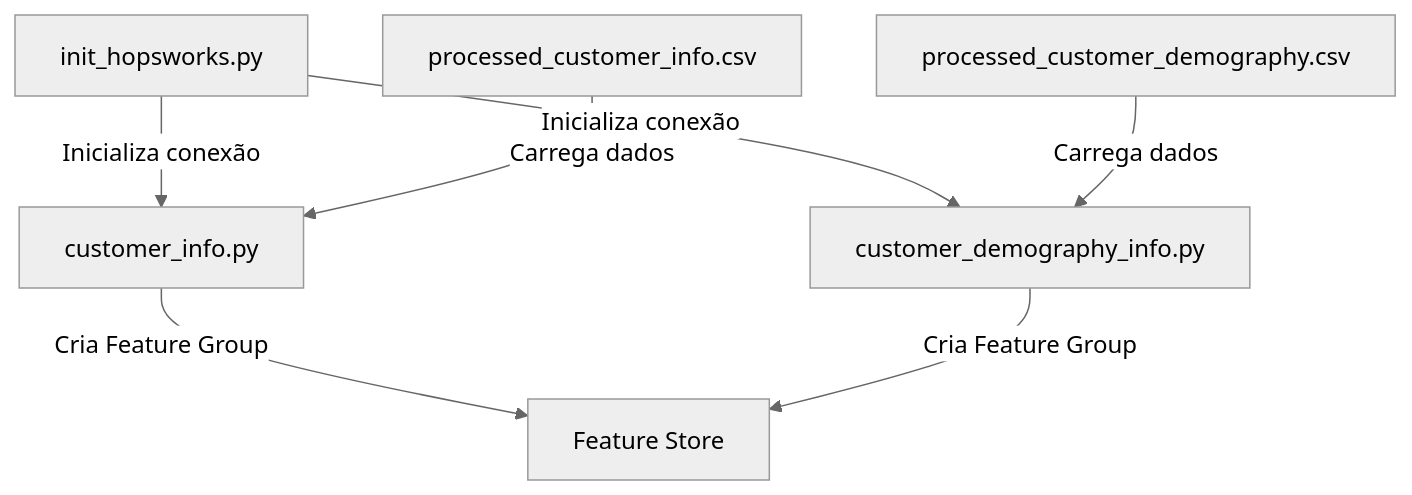
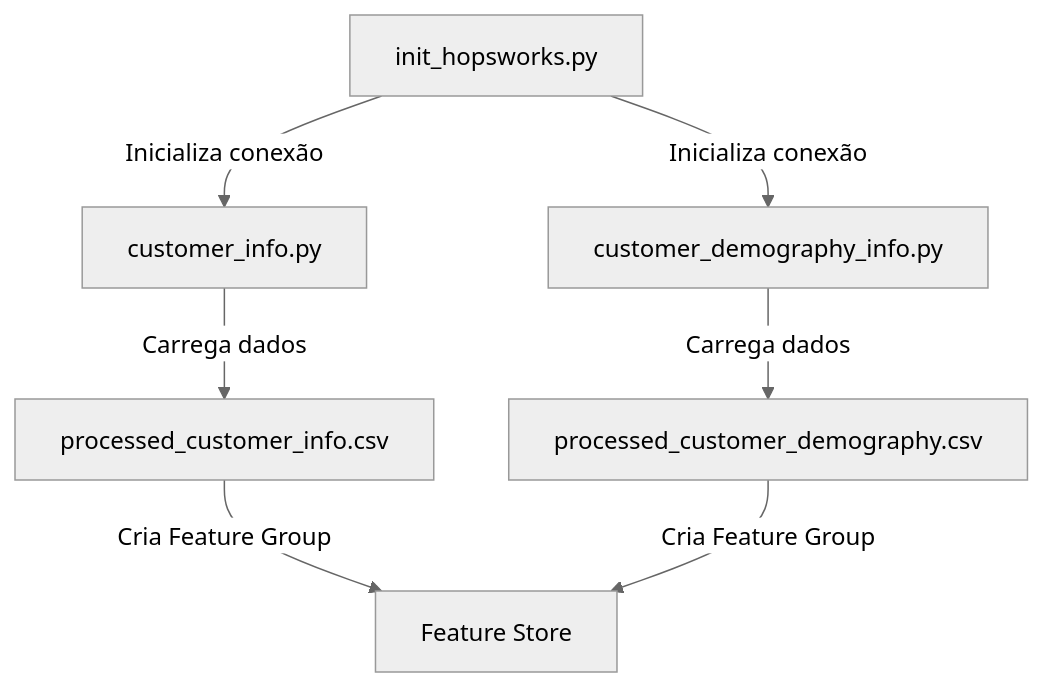
One commit to hgamaf/Hopsworks_featurestore changed the diagram in README.md. Above: the diagram before and after it, drawn with Mermaid (neutral theme).

Commit message:
melhorias no mermaid

````diff
--- a/README.md
+++ b/README.md
@@ -66,9 +66,10 @@
 ```mermaid
-graph TD
+graph TB
     A[init_hopsworks.py] -->|Inicializa conexão| B[customer_info.py]
-    A -->|Inicializa conexão| C[customer_demography_info.py]
-    D[processed_customer_info.csv] -->|Carrega dados| B
-    E[processed_customer_demography.csv] -->|Carrega dados| C
-    B -->|Cria Feature Group| F[Feature Store]
-    C -->|Cria Feature Group| F
+    B -->|Carrega dados| C[processed_customer_info.csv]
+    C -->|Cria Feature Group| D[Feature Store]
+    
+    A -->|Inicializa conexão| E[customer_demography_info.py]
+    E -->|Carrega dados| F[processed_customer_demography.csv]
+    F -->|Cria Feature Group| D
 ```
````
